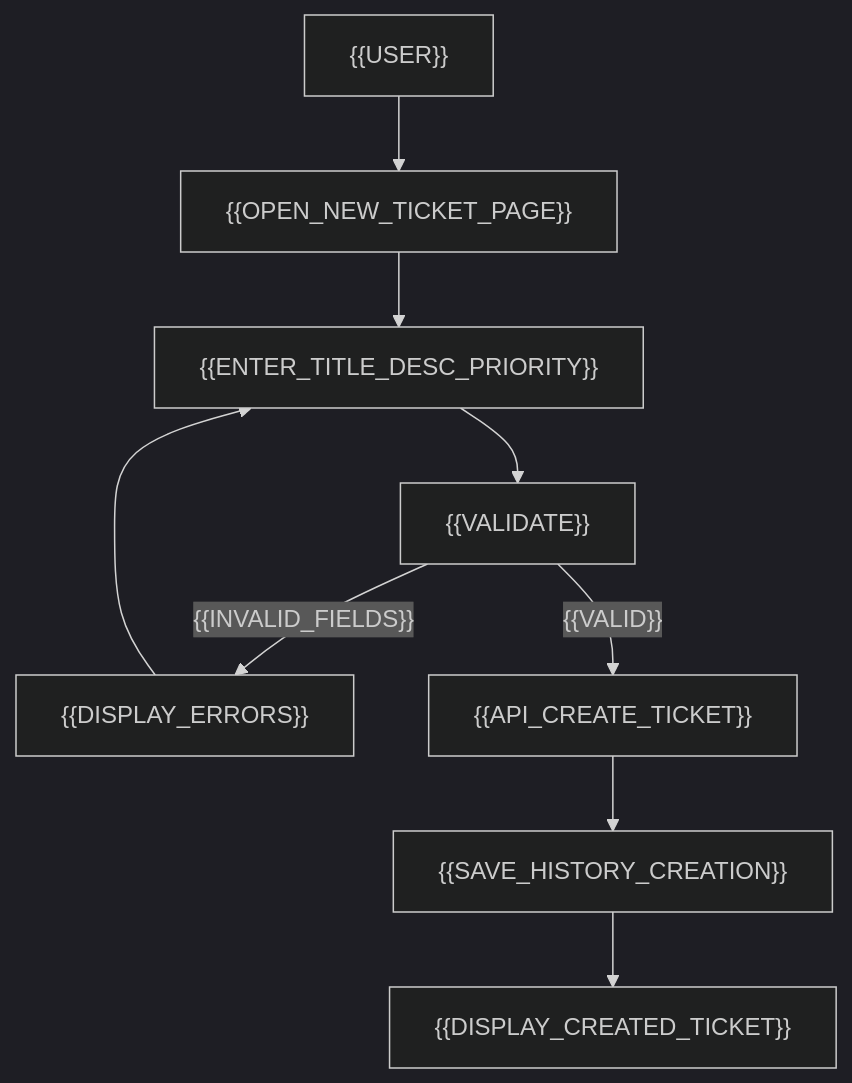
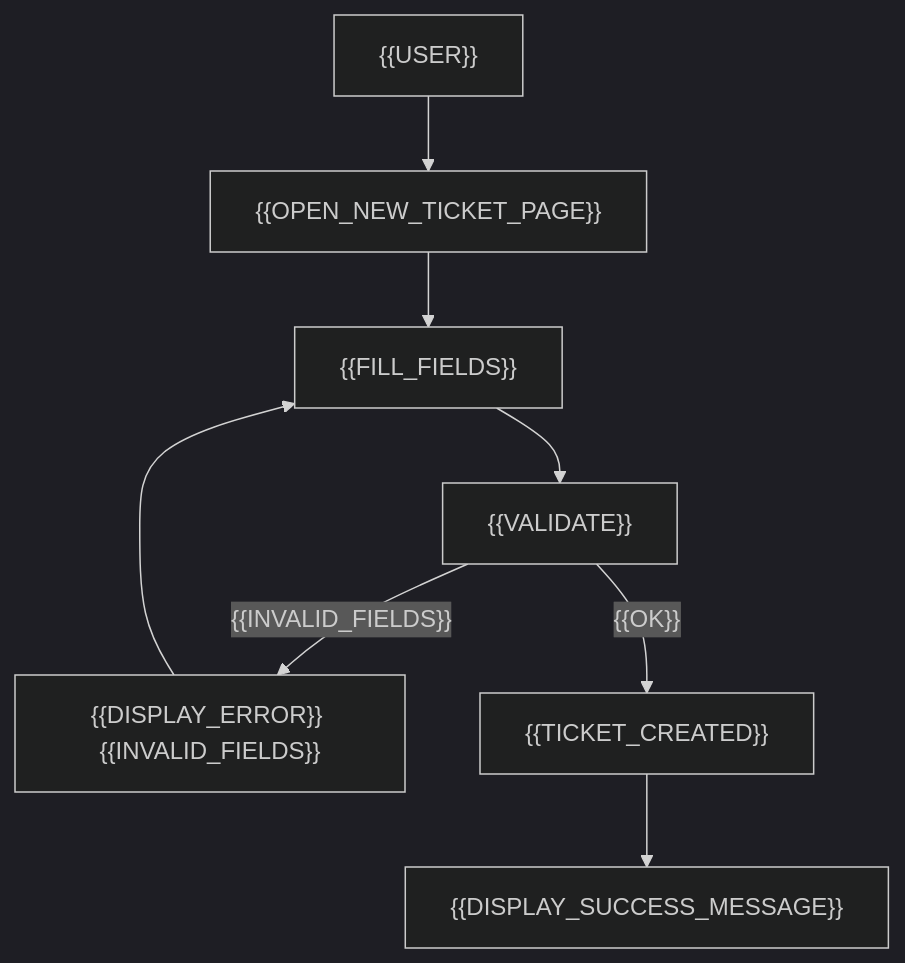
One commit to lchouville/NexaCore changed the diagram in Documents/Edition-files/UserFlow/ticket-create.mmd. Above: the diagram before and after it, drawn with Mermaid. The commit also changed 148 other files, not shown here.

Commit message:
Add French translations for UI elements, API backend, architecture, database tables, fields, and types; remove outdated French translations; add English translations for new keys; update README with usage instructions.

```diff
--- a/Documents/Edition-files/UserFlow/ticket-create.mmd
+++ b/Documents/Edition-files/UserFlow/ticket-create.mmd
@@ -1,15 +1,25 @@
 ---
 config:
     theme: dark
     look: classic
     layout: dagre
 ---
 flowchart TB
-A["{{USER}}"] --> B["{{OPEN_NEW_TICKET_PAGE}}"]
-B --> C["{{ENTER_TITLE_DESC_PRIORITY}}"]
-C --> D["{{VALIDATE}}"]
-D -- "{{INVALID_FIELDS}}" --> E["{{DISPLAY_ERRORS}}"]
-E --> C
-D -- "{{VALID}}" --> F["{{API_CREATE_TICKET}}"]
-F --> G["{{SAVE_HISTORY_CREATION}}"]
-G --> H["{{DISPLAY_CREATED_TICKET}}"]
+
+%% Nodes definition
+A["{{USER}}"]
+B["{{OPEN_NEW_TICKET_PAGE}}"]
+C["{{FILL_FIELDS}}"]
+D["{{VALIDATE}}"]
+En["{{DISPLAY_ERROR}} {{INVALID_FIELDS}}"]
+Ey["{{TICKET_CREATED}}"]
+F["{{DISPLAY_SUCCESS_MESSAGE}}"]
+
+%% Flow definition
+A --> B
+B --> C
+C --> D
+D -->|"{{INVALID_FIELDS}}"| En
+En --> C
+D -->|"{{OK}}"| Ey
+Ey --> F
```
